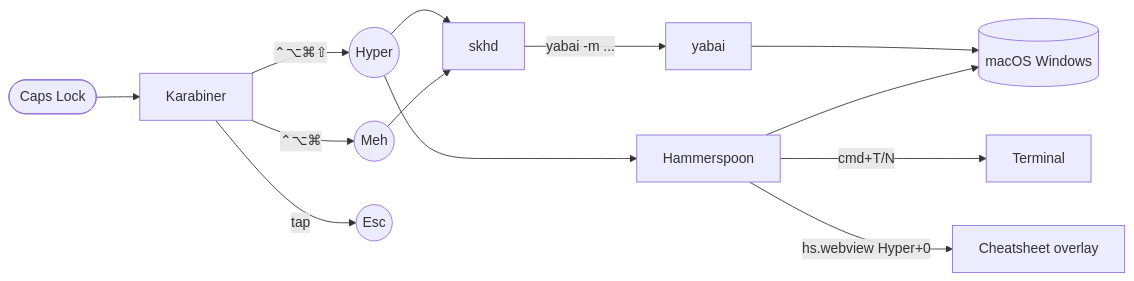
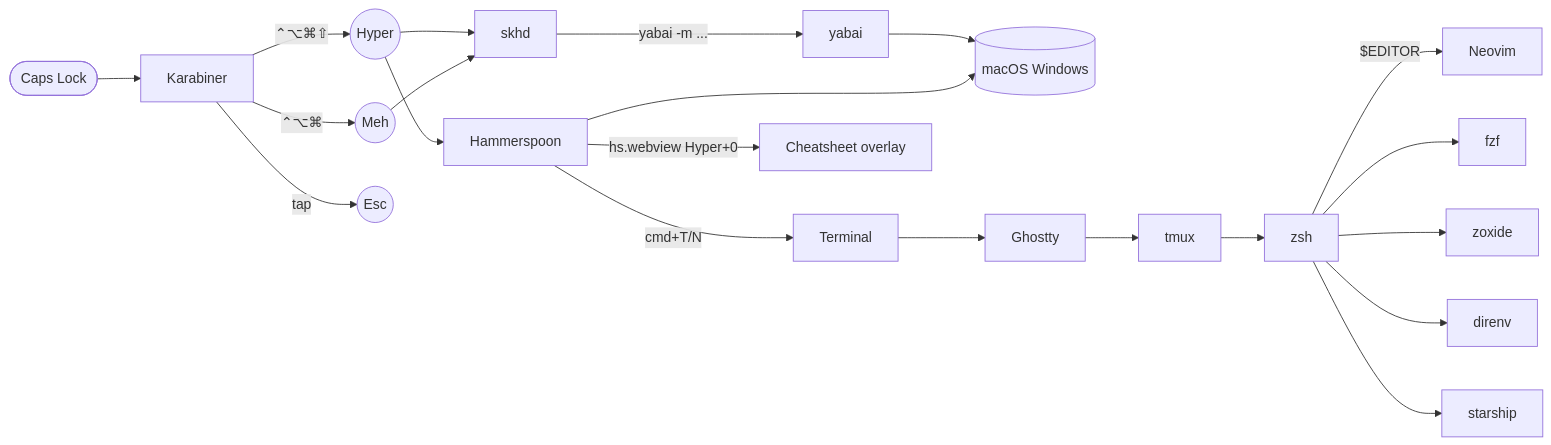
One commit to adames/dotfiles changed the diagram in docs/architecture.md. Above: the diagram before and after it, drawn with Mermaid. The commit also changed other lines of this file and 1 other file, not shown here.

````diff
--- a/docs/architecture.md
+++ b/docs/architecture.md
@@ -8,18 +8,24 @@
 ```mermaid
 graph LR
   CapsLock([Caps Lock]) --> Karabiner
   Karabiner -->|"⌃⌥⌘⇧"| Hyper((Hyper))
   Karabiner -->|"⌃⌥⌘"| Meh((Meh))
   Karabiner -->|tap| Esc((Esc))
 
   Hyper --> skhd
   Meh --> skhd
   skhd -->|"yabai -m ..."| yabai
 
   Hyper --> Hammerspoon
   Hammerspoon -->|cmd+T/N| Terminal
   Hammerspoon -->|hs.webview Hyper+0| Cheatsheet[Cheatsheet overlay]
 
   yabai --> Windows[(macOS Windows)]
   Hammerspoon --> Windows
+
+  Terminal --> Ghostty
+  Ghostty --> tmux
+  tmux --> zsh
+  zsh -->|"$EDITOR"| Neovim
+  zsh --> fzf & zoxide & direnv & starship
 ```
````
